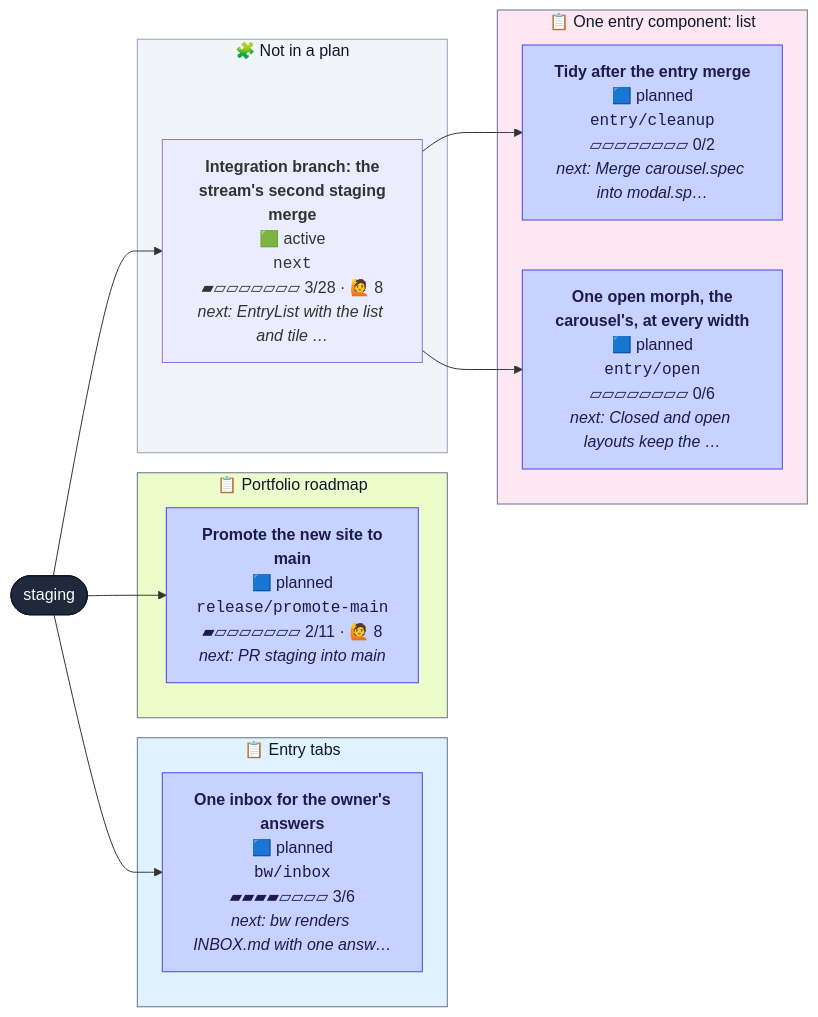
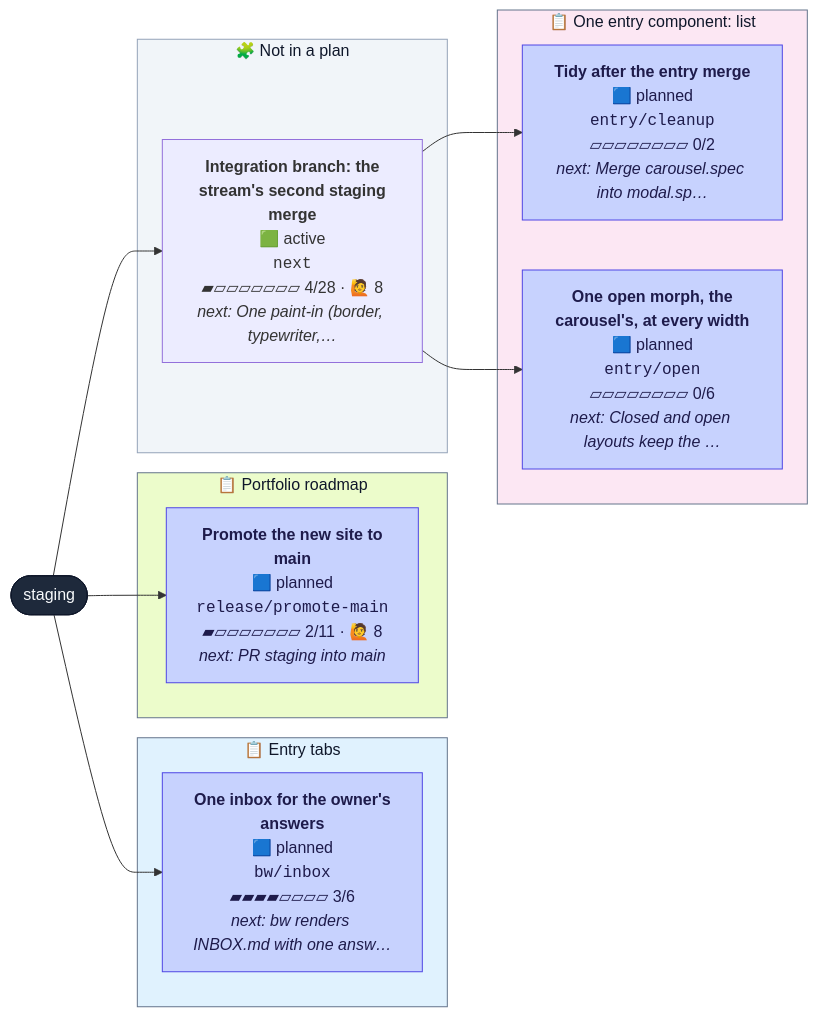
The diagram in CONTRIBUTING.md (henryjonescodes/portfolio), drawn with Mermaid before and after one commit. The commit also changed other lines of this file and 1 other file, not shown here.

````diff
--- a/CONTRIBUTING.md
+++ b/CONTRIBUTING.md
@@ -16,38 +16,38 @@
 ```mermaid
 flowchart LR
   n_staging([staging])
   class n_staging trunk
   subgraph plan_0["📋 Entry tabs"]
     n_bw_inbox["<b>One inbox for the owner's<br/>answers</b><br/>🟦 planned<br/><code>bw/inbox</code><br/>▰▰▰▰▱▱▱▱ 3/6<br/><i>next: bw renders INBOX.md with one answ…</i>"]
     class n_bw_inbox planned
   end
   style plan_0 fill:#e0f2fe,stroke:#64748b,color:#0f172a
   subgraph plan_1["📋 One entry component: list"]
     n_entry_cleanup["<b>Tidy after the entry merge</b><br/>🟦 planned<br/><code>entry/cleanup</code><br/>▱▱▱▱▱▱▱▱ 0/2<br/><i>next: Merge carousel.spec into modal.sp…</i>"]
     class n_entry_cleanup planned
     n_entry_open["<b>One open morph, the<br/>carousel's, at every width</b><br/>🟦 planned<br/><code>entry/open</code><br/>▱▱▱▱▱▱▱▱ 0/6<br/><i>next: Closed and open layouts keep the …</i>"]
     class n_entry_open planned
   end
   style plan_1 fill:#fce7f3,stroke:#64748b,color:#0f172a
   subgraph plan_2["📋 Portfolio roadmap"]
     n_release_promote_main["<b>Promote the new site to<br/>main</b><br/>🟦 planned<br/><code>release/promote-main</code><br/>▰▱▱▱▱▱▱▱ 2/11 · 🙋 8<br/><i>next: PR staging into main</i>"]
     class n_release_promote_main planned
   end
   style plan_2 fill:#ecfccb,stroke:#64748b,color:#0f172a
   subgraph loose["🧩 Not in a plan"]
-    n_next["<b>Integration branch: the<br/>stream's second staging<br/>merge</b><br/>🟩 active<br/><code>next</code><br/>▰▱▱▱▱▱▱▱ 3/28 · 🙋 8<br/><i>next: EntryList with the list and tile …</i>"]
+    n_next["<b>Integration branch: the<br/>stream's second staging<br/>merge</b><br/>🟩 active<br/><code>next</code><br/>▰▱▱▱▱▱▱▱ 4/28 · 🙋 8<br/><i>next: One paint-in (border, typewriter,…</i>"]
     class n_next active,current
   end
   style loose fill:#f1f5f9,stroke:#94a3b8,color:#0f172a
   n_staging --> n_bw_inbox
   n_next --> n_entry_cleanup
   n_next --> n_entry_open
   n_staging --> n_next
   n_staging --> n_release_promote_main
   classDef planned fill:#c7d2fe,stroke:#4f46e5,color:#1e1b4b
   classDef active fill:#bbf7d0,stroke:#16a34a,stroke-width:3px,color:#052e16
   classDef review fill:#fde68a,stroke:#d97706,stroke-width:3px,color:#451a03
   classDef blocked fill:#fecaca,stroke:#dc2626,stroke-width:3px,color:#450a0a
   classDef trunk fill:#1e293b,stroke:#0f172a,color:#f8fafc
   classDef current stroke:#0ea5e9,stroke-width:5px
 ```
````
